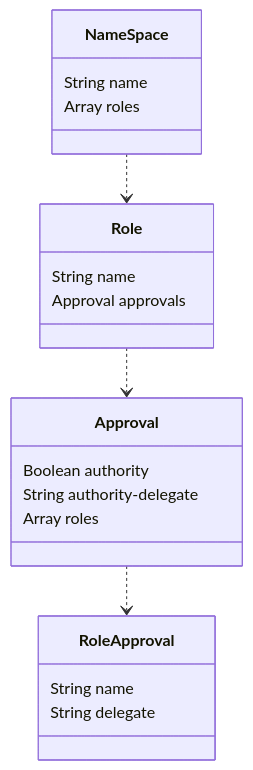
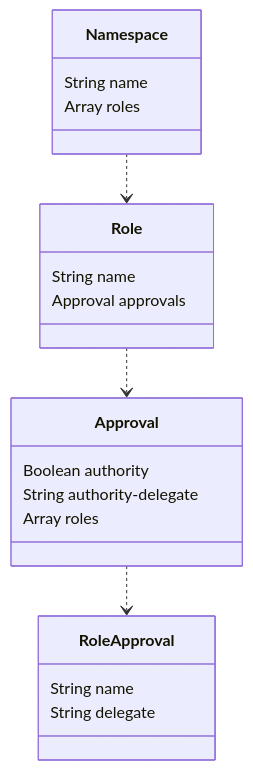
One commit to energywebfoundation/ew-did-registry changed the first of 2 diagrams in docs/did-authorization.md. Above: the diagram before and after it, drawn with Mermaid. The commit also changed other lines of this file, not shown here.

````diff
--- a/docs/did-authorization.md
+++ b/docs/did-authorization.md
@@ -74,28 +74,28 @@
 ```mermaid
 classDiagram
 
-NameSpace ..> Role
+Namespace ..> Role
 Role ..> Approval
 Approval ..> RoleApproval
 
-class NameSpace {
+class Namespace {
     String name
     Array<Role> roles
 }
 
 class Role {
     String name
     Approval approvals
 }
 
 class Approval {
     Boolean authority
     String authority-delegate
     Array<RoleApproval> roles
 }
 
 class RoleApproval {
     String name
     String delegate
 }
 ```
````
